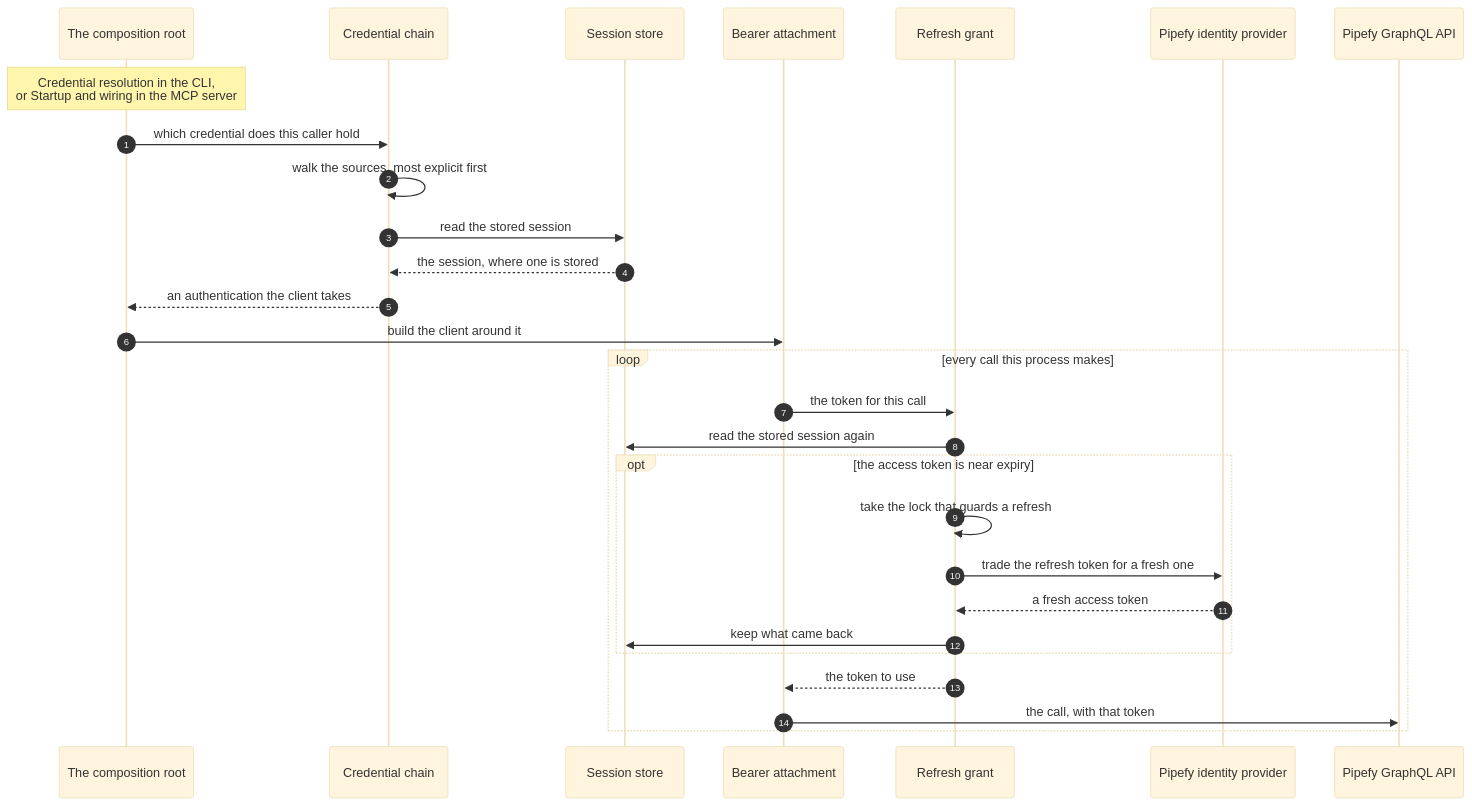
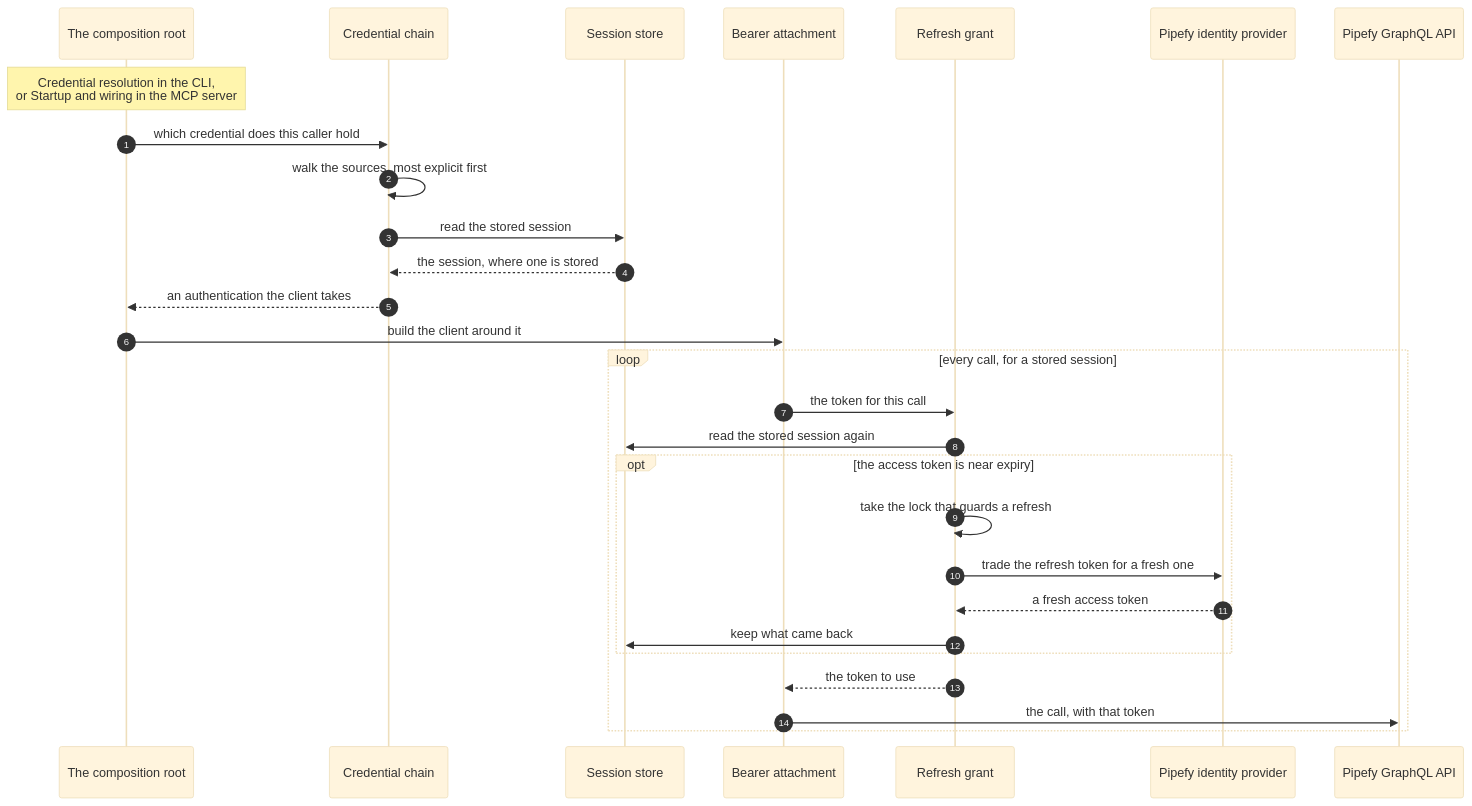
Before and after one commit to pipefy/ai-toolkit: the eighth of 11 diagrams in docs/contributing/architecture.md, drawn with Mermaid (base theme). The commit also changed other lines of this file, not shown here.

Commit message:
docs: keep only the no-fallback decision after the resolution diagram

````diff
--- a/docs/contributing/architecture.md
+++ b/docs/contributing/architecture.md
@@ -479,31 +479,31 @@
 ```mermaid
 sequenceDiagram
     autonumber
     participant Entry as The composition root
     participant Chain as Credential chain
     participant Store as Session store
     participant Attach as Bearer attachment
     participant Refresh as Refresh grant
     participant Idp as Pipefy identity provider
     participant Api as Pipefy GraphQL API
 
     Note over Entry: Credential resolution in the CLI,<br/>or Startup and wiring in the MCP server
     Entry->>Chain: which credential does this caller hold
     Chain->>Chain: walk the sources, most explicit first
     Chain->>Store: read the stored session
     Store-->>Chain: the session, where one is stored
     Chain-->>Entry: an authentication the client takes
     Entry->>Attach: build the client around it
-    loop every call this process makes
+    loop every call, for a stored session
         Attach->>Refresh: the token for this call
         Refresh->>Store: read the stored session again
         opt the access token is near expiry
             Refresh->>Refresh: take the lock that guards a refresh
             Refresh->>Idp: trade the refresh token for a fresh one
             Idp-->>Refresh: a fresh access token
             Refresh->>Store: keep what came back
         end
         Refresh-->>Attach: the token to use
         Attach->>Api: the call, with that token
     end
 ```
````
